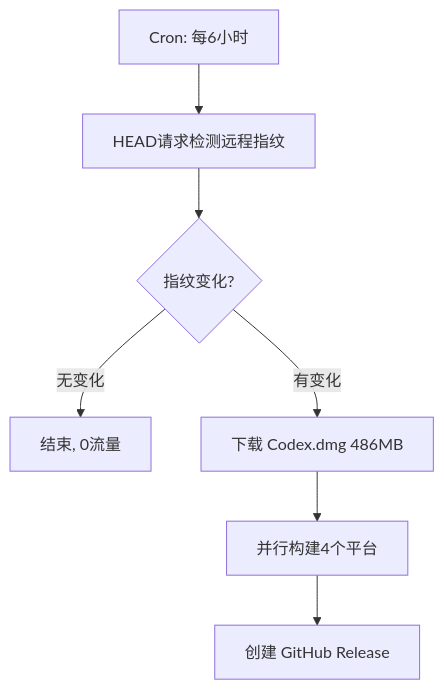
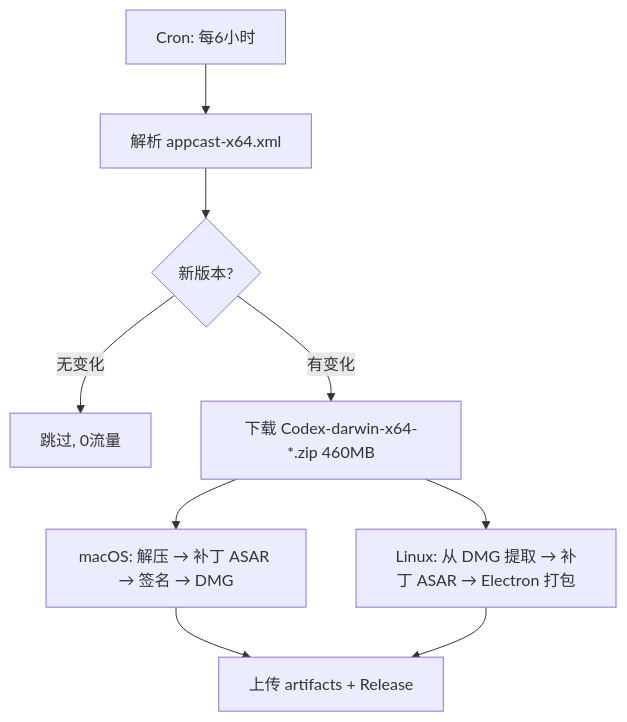
Before and after one commit to scpuny/Codex-Dmg-Trasnform: the diagram in AGENTS.md, drawn with Mermaid. The commit also changed other lines of this file and 5 other files, not shown here.

````diff
--- a/AGENTS.md
+++ b/AGENTS.md
@@ -109,9 +48,11 @@
 ```mermaid
 graph TD
-    A[Cron: 每6小时] --> B[HEAD请求检测远程指纹]
-    B --> C{指纹变化?}
-    C -->|无变化| Z[结束, 0流量]
-    C -->|有变化| D[下载 Codex.dmg 486MB]
-    D --> E[并行构建4个平台]
-    E --> F[创建 GitHub Release]
+    A[Cron: 每6小时] --> B[解析 appcast-x64.xml]
+    B --> C{新版本?}
+    C -->|无变化| Z[跳过, 0流量]
+    C -->|有变化| D[下载 Codex-darwin-x64-*.zip 460MB]
+    D --> E[macOS: 解压 → 补丁 ASAR → 签名 → DMG]
+    D --> F[Linux: 从 DMG 提取 → 补丁 ASAR → Electron 打包]
+    E --> G[上传 artifacts + Release]
+    F --> G
 ```
````
